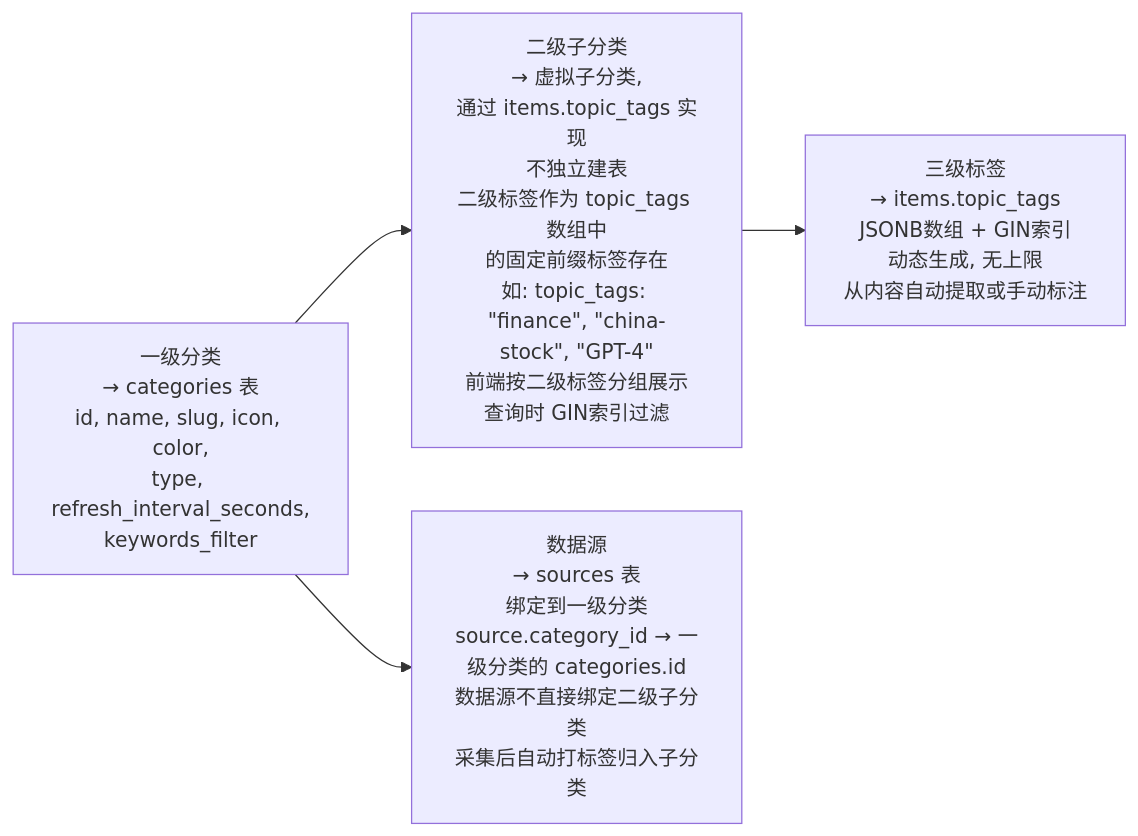
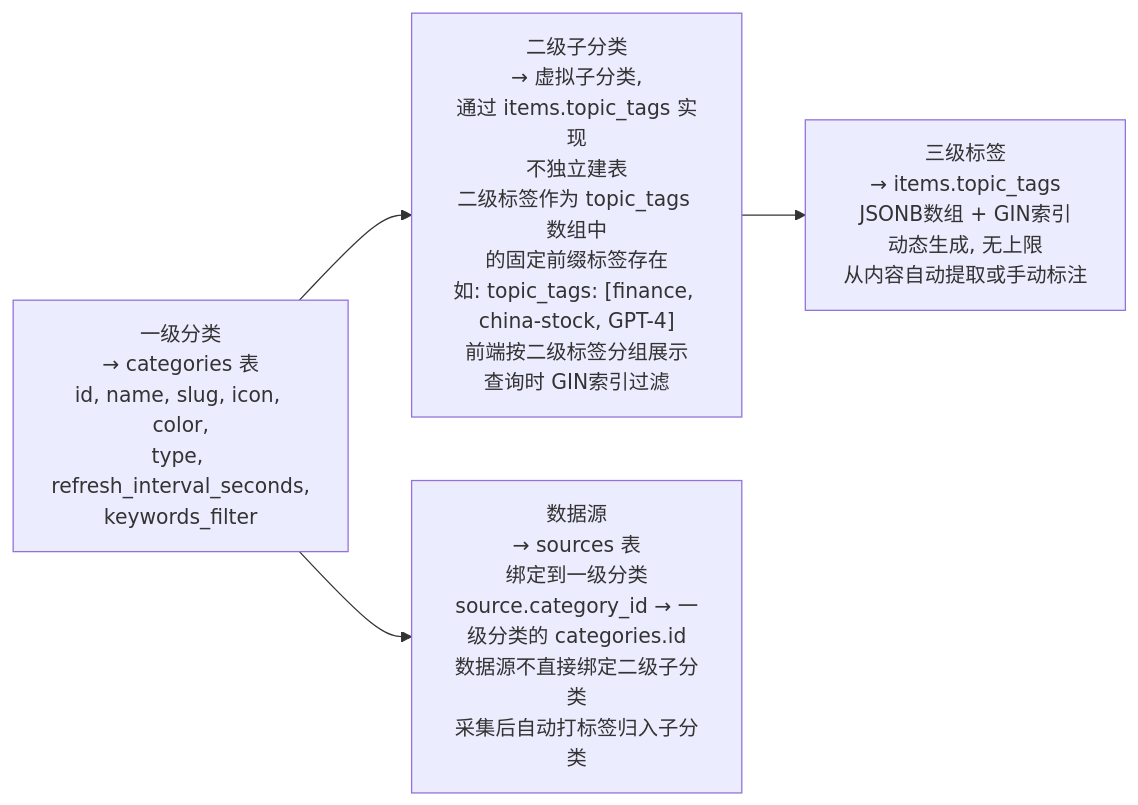
One commit to onceme/instantboard changed the second of 6 diagrams in docs/design/content-categories.md. Above: the diagram before and after it, drawn with Mermaid. The commit also changed other lines of this file and 74 other files, not shown here.

````diff
--- a/docs/design/content-categories.md
+++ b/docs/design/content-categories.md
@@ -64,10 +64,10 @@
 ```mermaid
 graph LR
     cat["一级分类<br/>→ categories 表<br/>id, name, slug, icon, color,<br/>type, refresh_interval_seconds,<br/>keywords_filter"]
-    subcat["二级子分类<br/>→ 虚拟子分类,<br/>通过 items.topic_tags 实现<br/>不独立建表<br/>二级标签作为 topic_tags 数组中<br/>的固定前缀标签存在<br/>如: topic_tags: &quot;finance&quot;, &quot;china-stock&quot;, &quot;GPT-4&quot;<br/>前端按二级标签分组展示<br/>查询时 GIN索引过滤"]
+    subcat["二级子分类<br/>→ 虚拟子分类,<br/>通过 items.topic_tags 实现<br/>不独立建表<br/>二级标签作为 topic_tags 数组中<br/>的固定前缀标签存在<br/>如: topic_tags: [finance, china-stock, GPT-4]<br/>前端按二级标签分组展示<br/>查询时 GIN索引过滤"]
     tag["三级标签<br/>→ items.topic_tags<br/>JSONB数组 + GIN索引<br/>动态生成, 无上限<br/>从内容自动提取或手动标注"]
     src["数据源<br/>→ sources 表<br/>绑定到一级分类<br/>source.category_id → 一级分类的 categories.id<br/>数据源不直接绑定二级子分类<br/>采集后自动打标签归入子分类"]
     cat --> subcat
     subcat --> tag
     cat --> src
 ```
````
